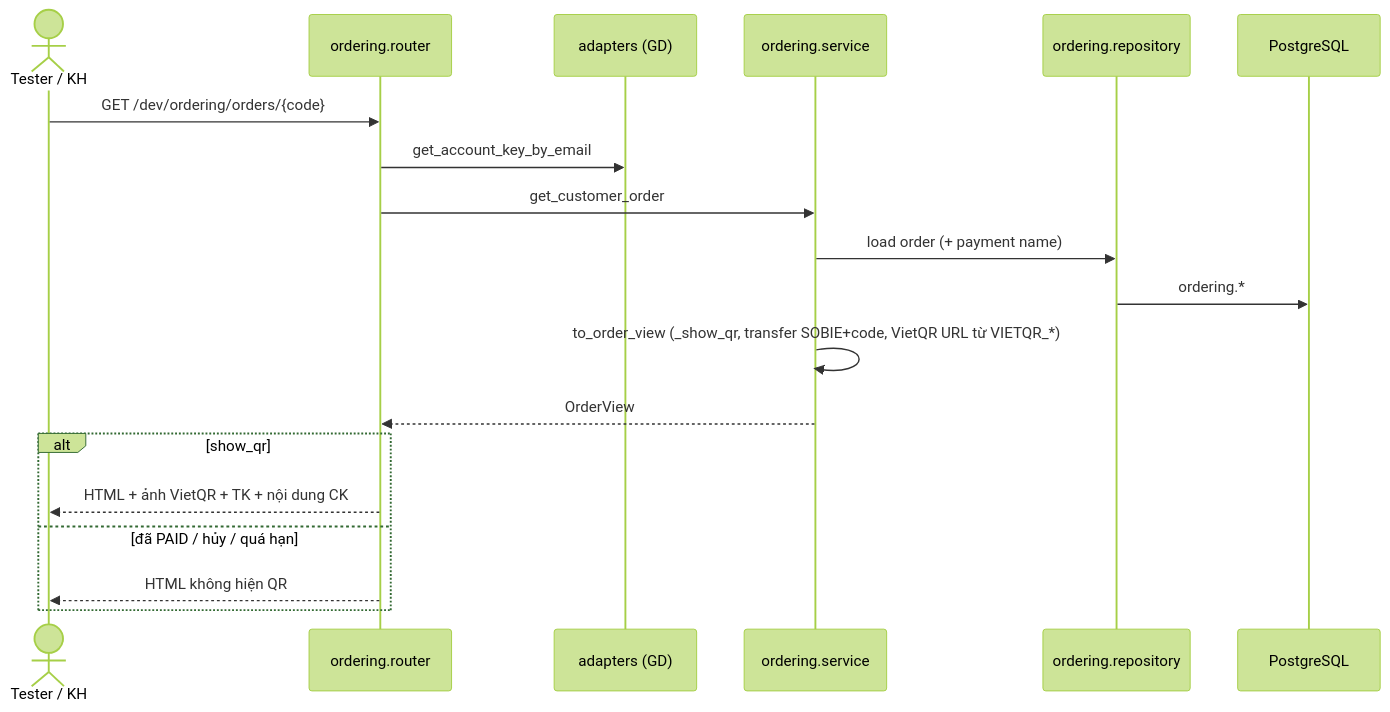
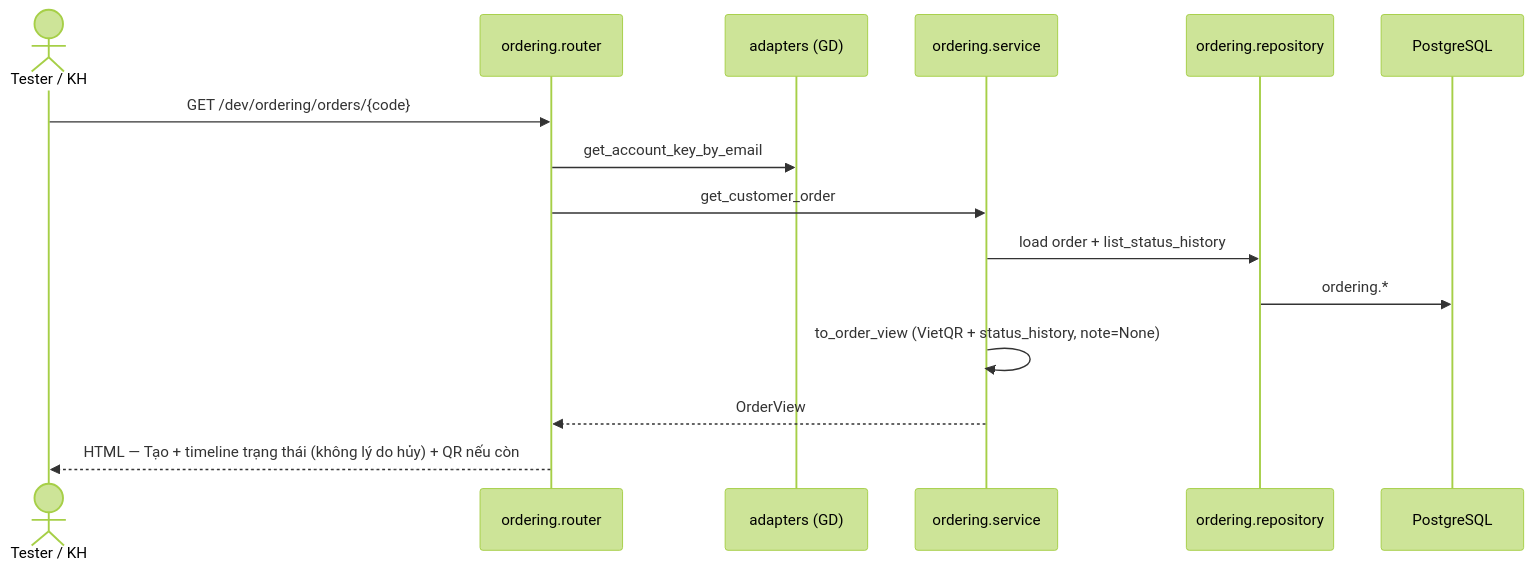
One commit to thanhklt/sobie-swimwear-e-commerce changed the diagram in docs/sequence/ordering/dev-order-detail.md. Above: the diagram before and after it, drawn with Mermaid (forest theme). The commit also changed other lines of this file and 10 other files, not shown here.

````diff
--- a/docs/sequence/ordering/dev-order-detail.md
+++ b/docs/sequence/ordering/dev-order-detail.md
@@ -5,22 +5,18 @@
 ```mermaid
 sequenceDiagram
   actor U as Tester / KH
   participant R as ordering.router
   participant A as adapters (GD)
   participant S as ordering.service
   participant Repo as ordering.repository
   participant DB as PostgreSQL
 
   U->>R: GET /dev/ordering/orders/{code}
   R->>A: get_account_key_by_email
   R->>S: get_customer_order
-  S->>Repo: load order (+ payment name)
+  S->>Repo: load order + list_status_history
   Repo->>DB: ordering.*
-  S->>S: to_order_view (_show_qr, transfer SOBIE+code, VietQR URL từ VIETQR_*)
+  S->>S: to_order_view (VietQR + status_history, note=None)
   S-->>R: OrderView
-  alt show_qr
-    R-->>U: HTML + ảnh VietQR + TK + nội dung CK
-  else đã PAID / hủy / quá hạn
-    R-->>U: HTML không hiện QR
-  end
+  R-->>U: HTML — Tạo + timeline trạng thái (không lý do hủy) + QR nếu còn
 ```
````
